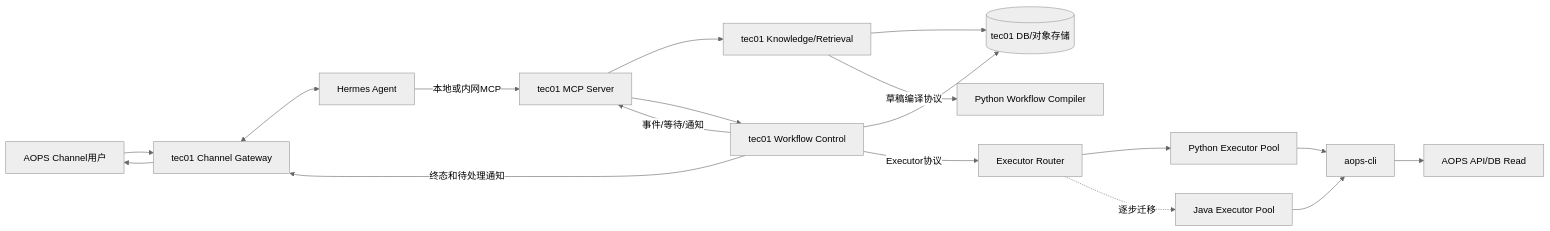
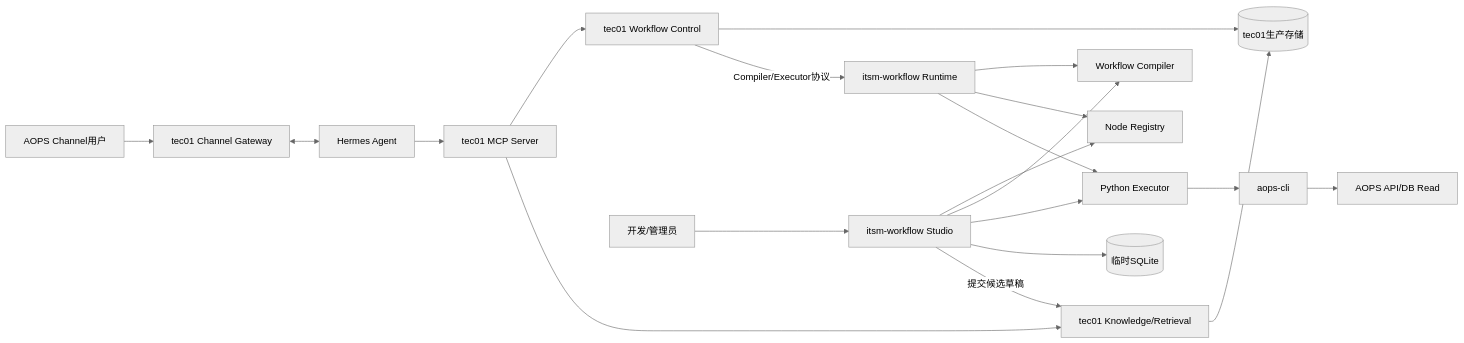
The first of 7 diagrams in docs/tec01-control-plane-split.md (armin1024/itsm-workflow), drawn with Mermaid (neutral theme) before and after one commit. The commit also changed other lines of this file and 2 other files, not shown here.

Commit message:
docs: unify workflow compiler registry and executor

````diff
--- a/docs/tec01-control-plane-split.md
+++ b/docs/tec01-control-plane-split.md
@@ -28,23 +15,25 @@
 ```mermaid
 flowchart LR
-    User[AOPS Channel用户] --> Gateway[tec01 Channel Gateway]
-    Gateway <--> Hermes[Hermes Agent]
-    Hermes -->|本地或内网MCP| MCP[tec01 MCP Server]
+    User[AOPS Channel用户] --> Channel[tec01 Channel Gateway]
+    Channel <--> Hermes[Hermes Agent]
+    Hermes --> MCP[tec01 MCP Server]
 
+    MCP --> Control[tec01 Workflow Control]
     MCP --> Knowledge[tec01 Knowledge/Retrieval]
-    MCP --> Control[tec01 Workflow Control]
-    Knowledge --> Store[(tec01 DB/对象存储)]
-    Control --> Store
+    Control --> Prod[(tec01生产存储)]
+    Knowledge --> Prod
 
-    Control -->|Executor协议| Router[Executor Router]
-    Knowledge -->|草稿编译协议| Compiler[Python Workflow Compiler]
-    Router --> Py[Python Executor Pool]
-    Router -.逐步迁移.-> Java[Java Executor Pool]
-    Py --> CLI[aops-cli]
-    Java --> CLI
+    Control -->|Compiler/Executor协议| Runtime[itsm-workflow Runtime]
+    Runtime --> Compiler[Workflow Compiler]
+    Runtime --> Registry[Node Registry]
+    Runtime --> Executor[Python Executor]
+    Executor --> CLI[aops-cli]
     CLI --> AOPS[AOPS API/DB Read]
 
-    Control -->|事件/等待/通知| MCP
-    Control -->|终态和待处理通知| Gateway
-    Gateway --> User
+    Developer[开发/管理员] --> Studio[itsm-workflow Studio]
+    Studio --> Registry
+    Studio --> Compiler
+    Studio --> Executor
+    Studio --> Temp[(临时SQLite)]
+    Studio -->|提交候选草稿| Knowledge
 ```
````
